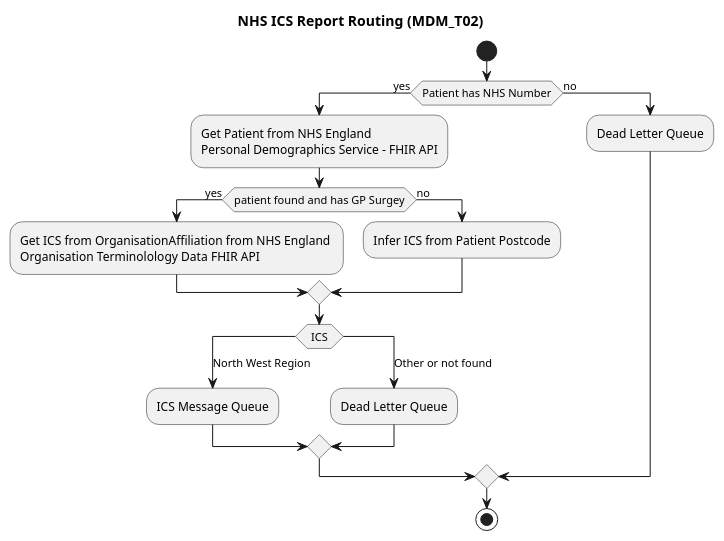
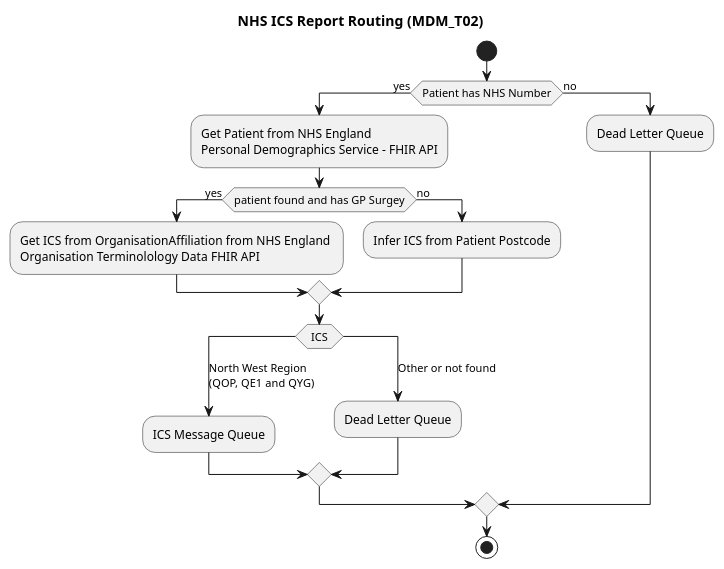
One commit to uk-gov-mirror/nw-gmsa.nw-gmsa.github.com changed the diagram in input/images-source/routing-mdm-t02.plantuml. Above: the diagram before and after it, drawn with PlantUML. The commit also changed 1 other file, not shown here.

```diff
--- a/input/images-source/routing-mdm-t02.plantuml
+++ b/input/images-source/routing-mdm-t02.plantuml
@@ -1,26 +1,26 @@
 @startuml
 title "NHS ICS Report Routing (MDM_T02)"
 
 start
 
 if (Patient has NHS Number) then (yes)
   :Get Patient from NHS England \nPersonal Demographics Service - FHIR API;
   if (patient found and has GP Surgey) then (yes)
     :Get ICS from OrganisationAffiliation from NHS England \nOrganisation Terminolology Data FHIR API;
   else (no)
     :Infer ICS from Patient Postcode;
   endif
   switch (ICS)
-      case (North West Region)
+      case (North West Region\n(QOP, QE1 and QYG))
         :ICS Message Queue;
       case (Other or not found)
         :Dead Letter Queue;
     endswitch
 else (no)
   :Dead Letter Queue;
 endif
 
 
 stop
 
 @enduml
```
